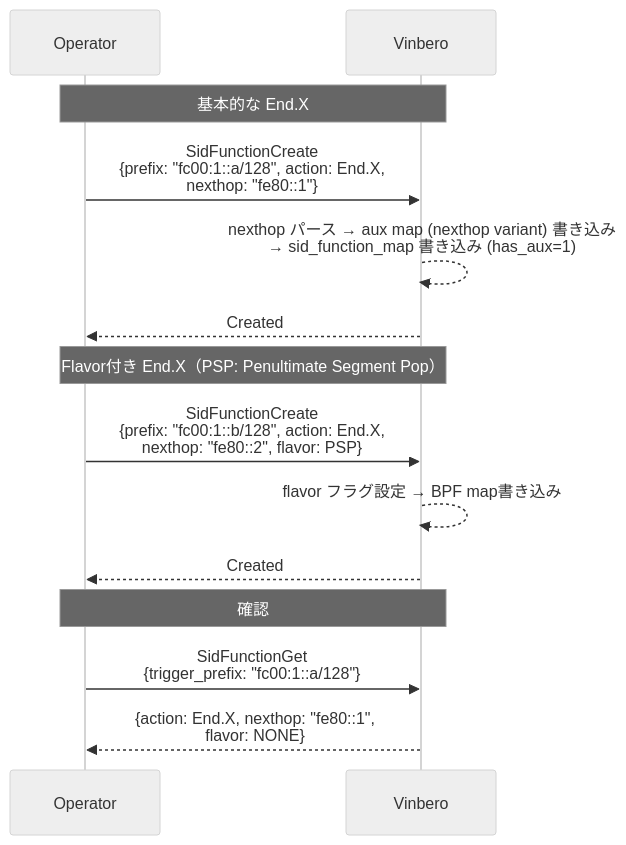
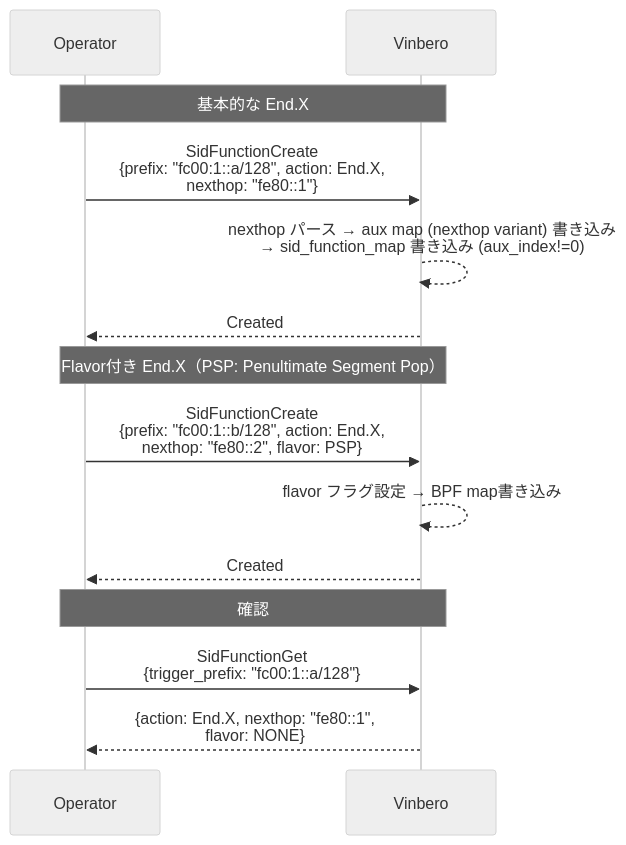
One commit to takehaya/Vinbero changed the seventh of 19 diagrams in docs/design/ja/api_sequence.md. Above: the diagram before and after it, drawn with Mermaid (neutral theme). The commit also changed other lines of this file and 73 other files, not shown here.

````diff
--- a/docs/design/ja/api_sequence.md
+++ b/docs/design/ja/api_sequence.md
@@ -229,22 +229,22 @@
 ```mermaid
 sequenceDiagram
     participant Op as Operator
     participant V as Vinbero
 
     Note over Op,V: 基本的な End.X
 
     Op->>V: SidFunctionCreate<br/>{prefix: "fc00:1::a/128", action: End.X,<br/>nexthop: "fe80::1"}
-    V-->>V: nexthop パース → aux map (nexthop variant) 書き込み<br/>→ sid_function_map 書き込み (has_aux=1)
+    V-->>V: nexthop パース → aux map (nexthop variant) 書き込み<br/>→ sid_function_map 書き込み (aux_index!=0)
     V-->>Op: Created
 
     Note over Op,V: Flavor付き End.X（PSP: Penultimate Segment Pop）
 
     Op->>V: SidFunctionCreate<br/>{prefix: "fc00:1::b/128", action: End.X,<br/>nexthop: "fe80::2", flavor: PSP}
     V-->>V: flavor フラグ設定 → BPF map書き込み
     V-->>Op: Created
 
     Note over Op,V: 確認
 
     Op->>V: SidFunctionGet<br/>{trigger_prefix: "fc00:1::a/128"}
     V-->>Op: {action: End.X, nexthop: "fe80::1",<br/>flavor: NONE}
 ```
````
